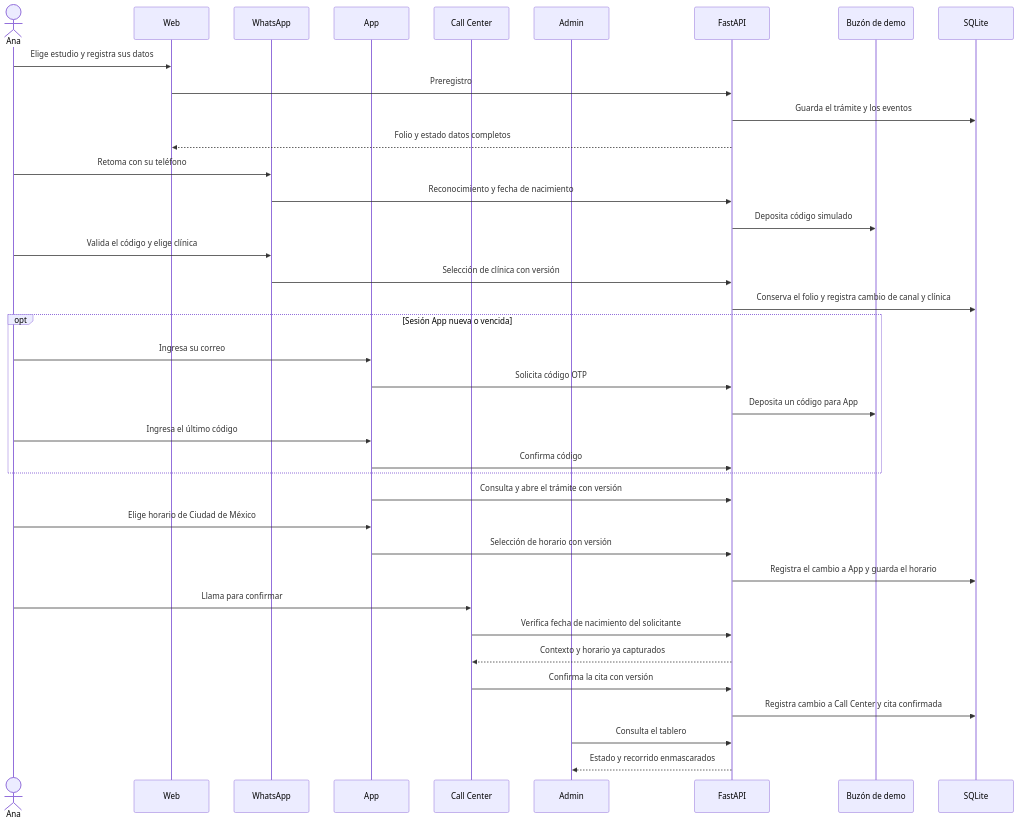
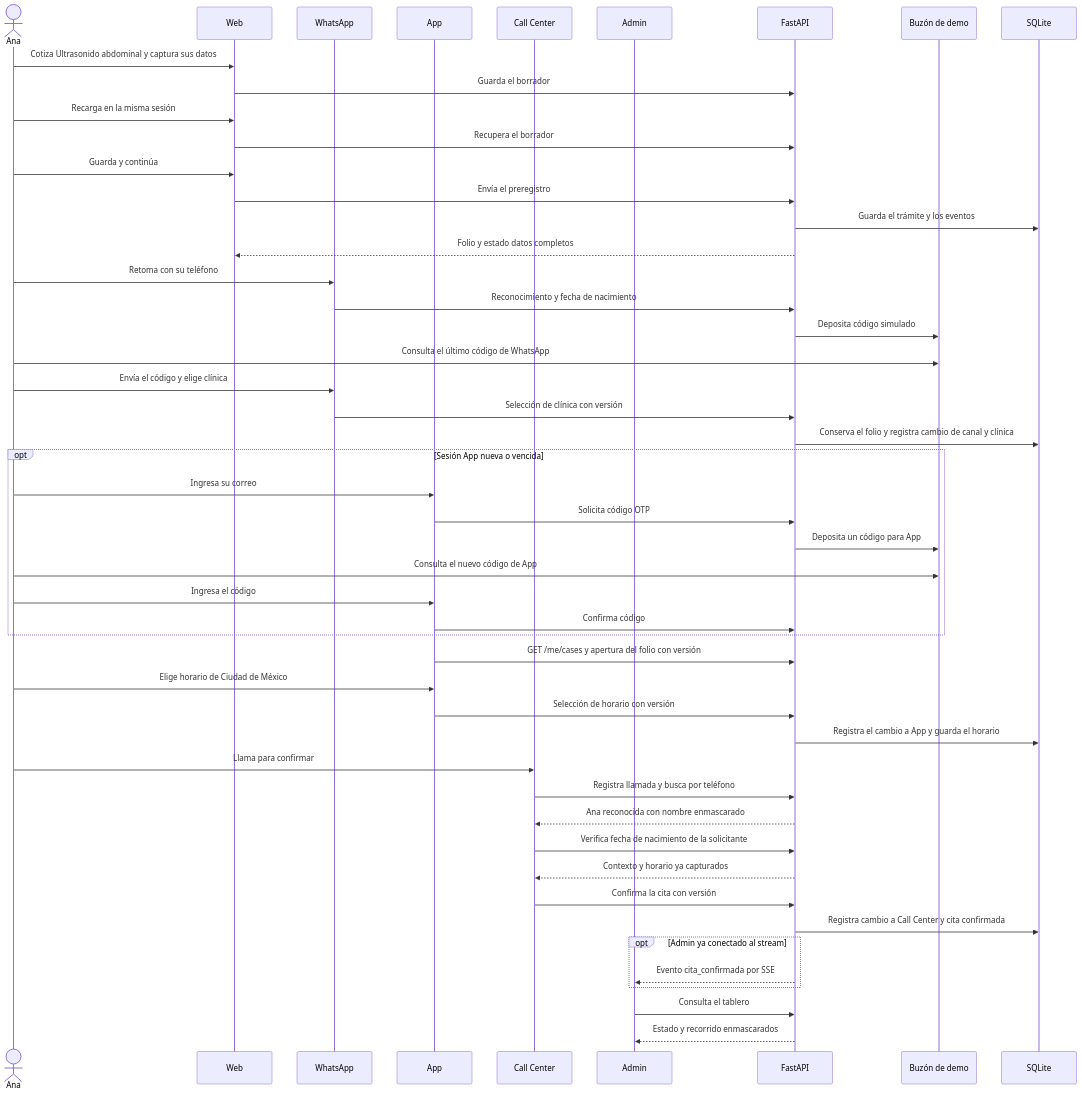
Before and after one commit to JuanPablo1710/digna-journey: the second of 3 diagrams in docs/ARCHITECTURE.md, drawn with Mermaid. The commit also changed other lines of this file and 1 other file, not shown here.

Commit message:
Docs: README con roles de prueba y ARCHITECTURE con diagramas

````diff
--- a/docs/ARCHITECTURE.md
+++ b/docs/ARCHITECTURE.md
@@ -47,40 +59,51 @@
 ```mermaid
 sequenceDiagram
     actor Ana
     participant Web
     participant WA as WhatsApp
     participant App
     participant CC as Call Center
     participant Admin
     participant API as FastAPI
     participant OTP as Buzón de demo
     participant DB as SQLite
-    Ana->>Web: Elige estudio y registra sus datos
-    Web->>API: Preregistro
+    Ana->>Web: Cotiza Ultrasonido abdominal y captura sus datos
+    Web->>API: Guarda el borrador
+    Ana->>Web: Recarga en la misma sesión
+    Web->>API: Recupera el borrador
+    Ana->>Web: Guarda y continúa
+    Web->>API: Envía el preregistro
     API->>DB: Guarda el trámite y los eventos
     API-->>Web: Folio y estado datos completos
     Ana->>WA: Retoma con su teléfono
     WA->>API: Reconocimiento y fecha de nacimiento
     API->>OTP: Deposita código simulado
-    Ana->>WA: Valida el código y elige clínica
+    Ana->>OTP: Consulta el último código de WhatsApp
+    Ana->>WA: Envía el código y elige clínica
     WA->>API: Selección de clínica con versión
     API->>DB: Conserva el folio y registra cambio de canal y clínica
     opt Sesión App nueva o vencida
         Ana->>App: Ingresa su correo
         App->>API: Solicita código OTP
         API->>OTP: Deposita un código para App
-        Ana->>App: Ingresa el último código
+        Ana->>OTP: Consulta el nuevo código de App
+        Ana->>App: Ingresa el código
         App->>API: Confirma código
     end
-    App->>API: Consulta y abre el trámite con versión
+    App->>API: GET /me/cases y apertura del folio con versión
     Ana->>App: Elige horario de Ciudad de México
     App->>API: Selección de horario con versión
     API->>DB: Registra el cambio a App y guarda el horario
     Ana->>CC: Llama para confirmar
-    CC->>API: Verifica fecha de nacimiento del solicitante
+    CC->>API: Registra llamada y busca por teléfono
+    API-->>CC: Ana reconocida con nombre enmascarado
+    CC->>API: Verifica fecha de nacimiento de la solicitante
     API-->>CC: Contexto y horario ya capturados
     CC->>API: Confirma la cita con versión
     API->>DB: Registra cambio a Call Center y cita confirmada
+    opt Admin ya conectado al stream
+        API-->>Admin: Evento cita_confirmada por SSE
+    end
     Admin->>API: Consulta el tablero
     API-->>Admin: Estado y recorrido enmascarados
 ```
````
